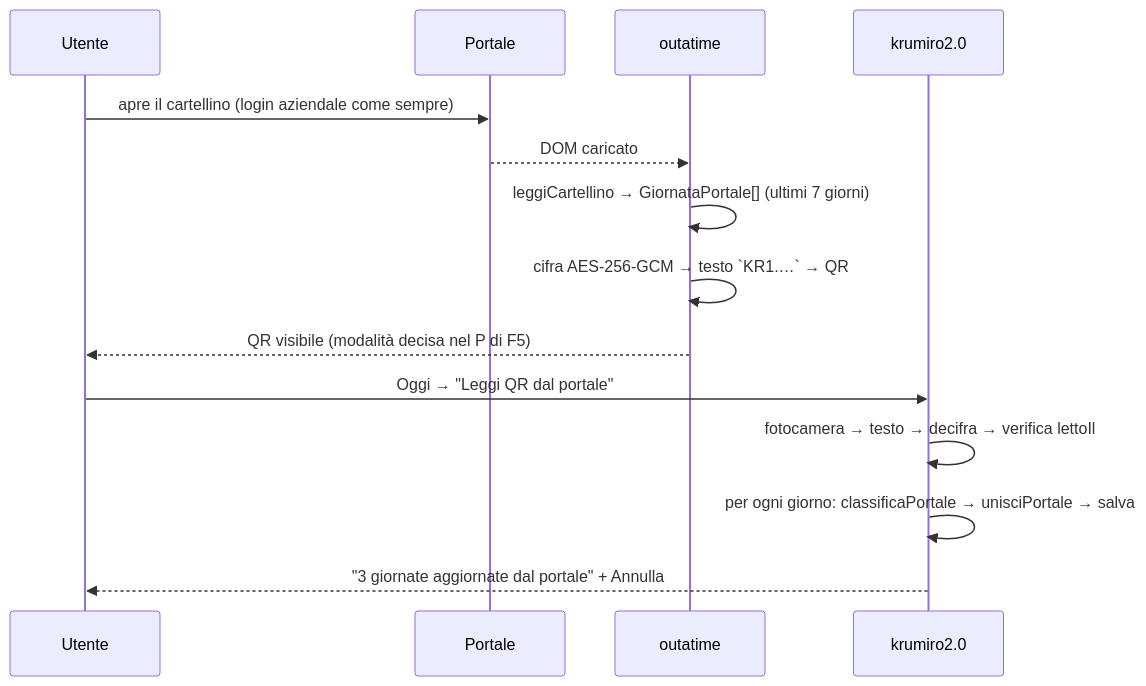
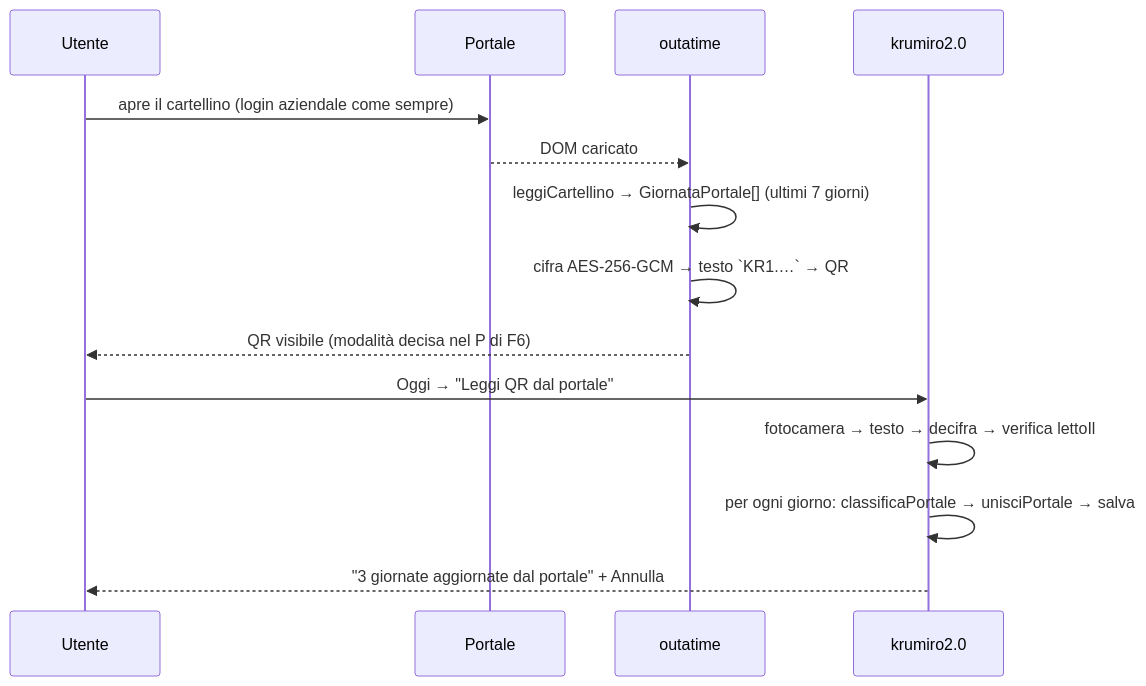
The second of 2 diagrams in docs/architecture/integrazione-outatime.md (gcampa/krumiro2.0), drawn with Mermaid before and after one commit. The commit also changed other lines of this file and 9 other files, not shown here.

````diff
--- a/docs/architecture/integrazione-outatime.md
+++ b/docs/architecture/integrazione-outatime.md
@@ -81,16 +81,16 @@
 ```mermaid
 sequenceDiagram
     participant U as Utente
     participant P as Portale
     participant O as outatime
     participant K as krumiro2.0
     U->>P: apre il cartellino (login aziendale come sempre)
     P-->>O: DOM caricato
     O->>O: leggiCartellino → GiornataPortale[] (ultimi 7 giorni)
     O->>O: cifra AES-256-GCM → testo `KR1.…` → QR
-    O-->>U: QR visibile (modalità decisa nel P di F5)
+    O-->>U: QR visibile (modalità decisa nel P di F6)
     U->>K: Oggi → "Leggi QR dal portale"
     K->>K: fotocamera → testo → decifra → verifica lettoIl
     K->>K: per ogni giorno: classificaPortale → unisciPortale → salva
     K-->>U: "3 giornate aggiornate dal portale" + Annulla
 ```
````
